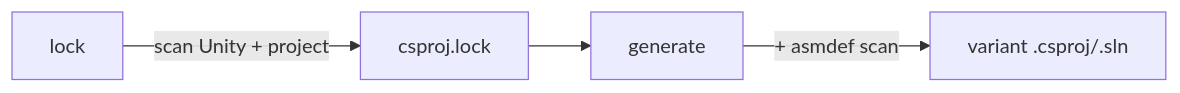
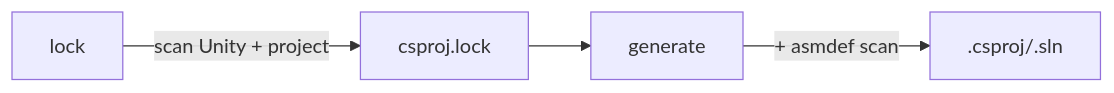
The diagram in CLAUDE.md (studio-boxcat/unity-solution-generator), drawn with Mermaid before and after one commit. The commit also changed other lines of this file and 10 other files, not shown here.

````diff
--- a/CLAUDE.md
+++ b/CLAUDE.md
@@ -78,6 +103,6 @@
 ```mermaid
 graph LR
     A[lock] -->|scan Unity + project| B[csproj.lock]
     B --> C[generate]
-    C -->|+ asmdef scan| D[variant .csproj/.sln]
+    C -->|+ asmdef scan| D[.csproj/.sln]
 ```
````
